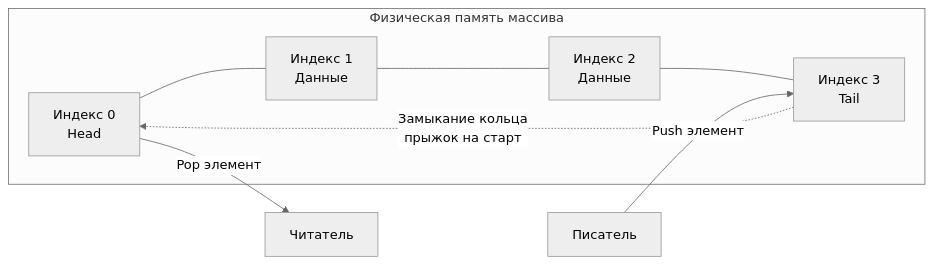
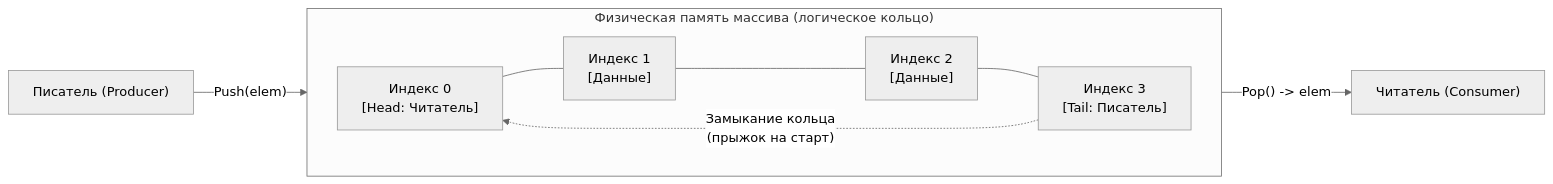
The first of 3 diagrams in sources/20. Алгоритмы и структуры данных (DSA) на Go/02. Базовые структуры данных/7. Кольцевой буфер.md (UnrealTemplier/go-textbook), drawn with Mermaid (neutral theme) before and after one commit. The commit also changed other lines of this file, not shown here.

Commit message:
feat(module-20): editorial rewrite of 02.7 Ring buffer in Kernighan style

````diff
--- a/sources/20. Алгоритмы и структуры данных (DSA) на Go/02. Базовые структуры данных/7. Кольцевой буфер.md
+++ b/sources/20. Алгоритмы и структуры данных (DSA) на Go/02. Базовые структуры данных/7. Кольцевой буфер.md
@@ -16,11 +19,12 @@
 ```mermaid
 flowchart LR
-    subgraph Физическая память массива
-        I0["Индекс 0<br>Head"] --- I1["Индекс 1<br>Данные"] --- I2["Индекс 2<br>Данные"] --- I3["Индекс 3<br>Tail"]
+    subgraph RingMemory["Физическая память массива (логическое кольцо)"]
+        direction LR
+        I0["Индекс 0<br/>[Head: Читатель]"] --- I1["Индекс 1<br/>[Данные]"] --- I2["Индекс 2<br/>[Данные]"] --- I3["Индекс 3<br/>[Tail: Писатель]"]
     end
     
-    I3 -.->|"Замыкание кольца<br>прыжок на старт"| I0
+    I3 -.->|"Замыкание кольца<br/>(прыжок на старт)"| I0
     
-    Writer["Писатель"] -->|"Push элемент"| I3
-    I0 -->|"Pop элемент"| Reader["Читатель"]
+    Writer["Писатель (Producer)"] -->|"Push(elem)"| I3
+    I0 -->|"Pop() -> elem"| Reader["Читатель (Consumer)"]
 ```
````
